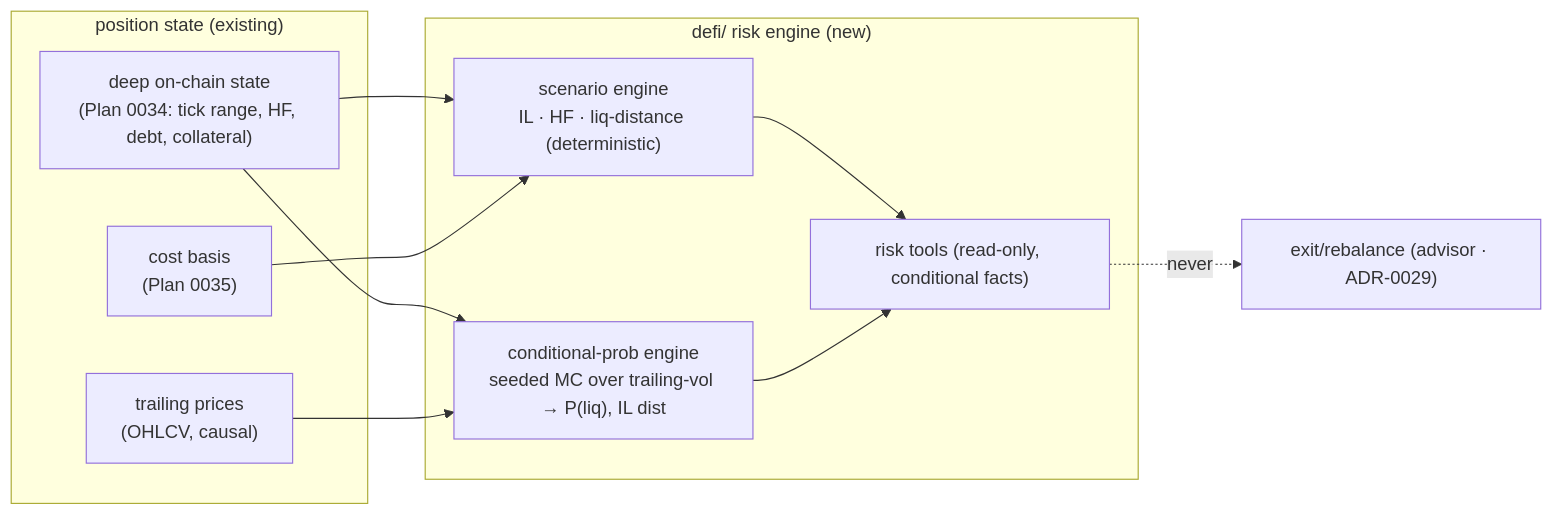
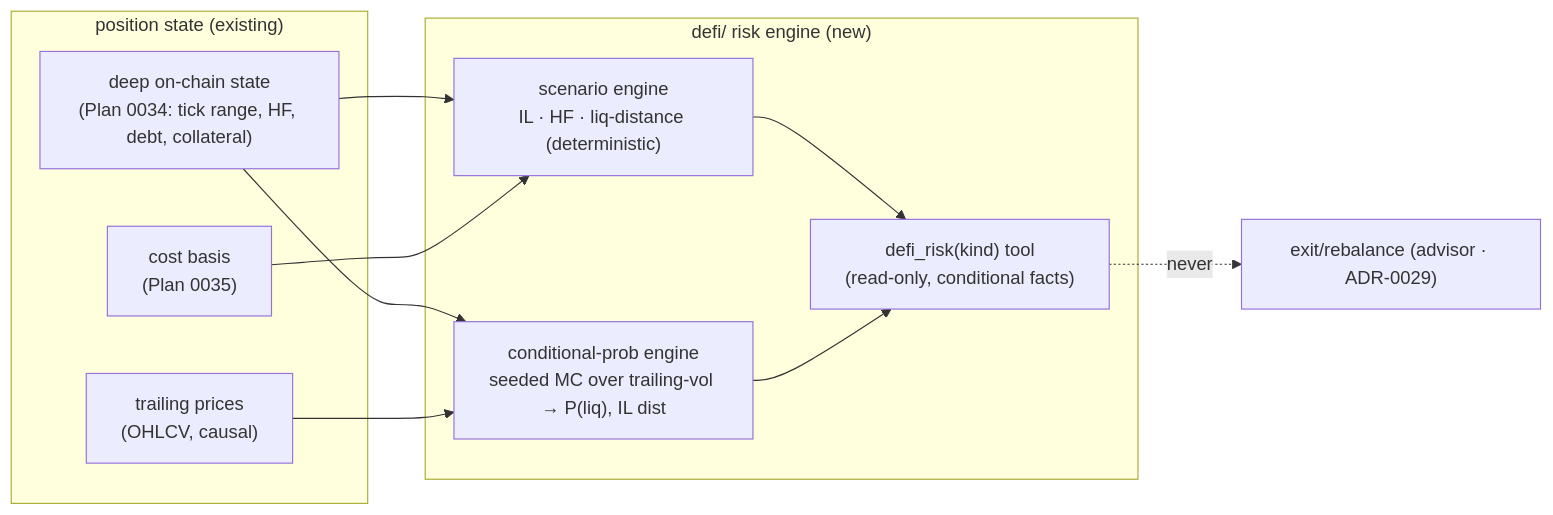
One commit to IgorKonovalov/market-analyzer changed the diagram in docs/architecture/plans/0042-defi-position-risk-forecast.md. Above: the diagram before and after it, drawn with Mermaid. The commit also changed other lines of this file and 3 other files, not shown here.

First line of the commit message:
docs(architect): reroute plans 0103/0108/0042 onto ADR-0104 tool modes

````diff
--- a/docs/architecture/plans/0042-defi-position-risk-forecast.md
+++ b/docs/architecture/plans/0042-defi-position-risk-forecast.md
@@ -23,20 +23,20 @@
 ```mermaid
 flowchart LR
   subgraph inputs["position state (existing)"]
     deep["deep on-chain state<br/>(Plan 0034: tick range, HF, debt, collateral)"]
     basis["cost basis<br/>(Plan 0035)"]
     px["trailing prices<br/>(OHLCV, causal)"]
   end
   subgraph risk["defi/ risk engine (new)"]
     scen["scenario engine<br/>IL · HF · liq-distance (deterministic)"]
     prob["conditional-prob engine<br/>seeded MC over trailing-vol → P(liq), IL dist"]
-    tool["risk tools (read-only, conditional facts)"]
+    tool["defi_risk(kind) tool<br/>(read-only, conditional facts)"]
   end
   deep --> scen
   basis --> scen
   deep --> prob
   px --> prob
   scen --> tool
   prob --> tool
   tool -.->|never| advice["exit/rebalance (advisor · ADR-0029)"]
 ```
````
